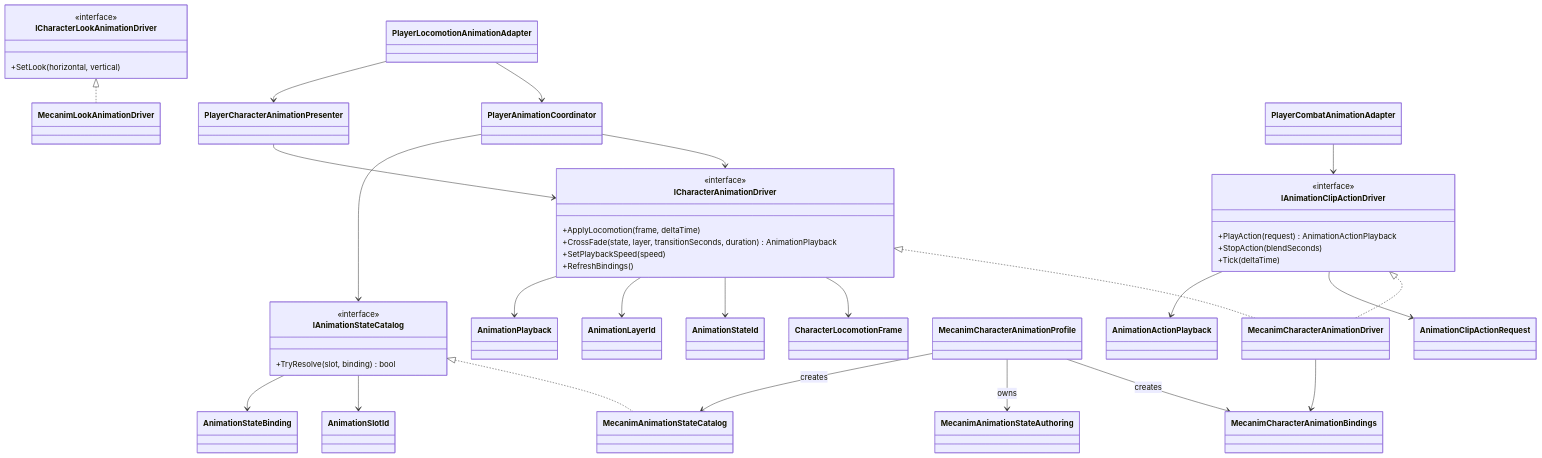
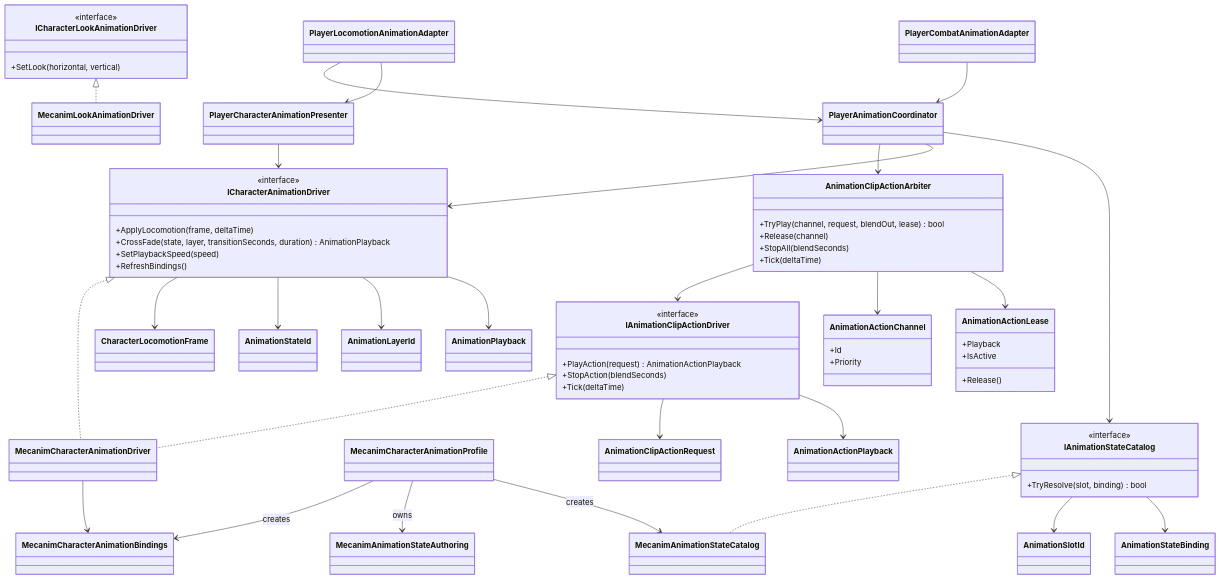
The diagram in Assets/_App/Modules/Animation/README.md (MaximFonariuc/project-s), drawn with Mermaid before and after one commit. The commit also changed other lines of this file and 17 other files, not shown here.

````diff
--- a/Assets/_App/Modules/Animation/README.md
+++ b/Assets/_App/Modules/Animation/README.md
@@ -25,6 +25,21 @@
         +PlayAction(request) AnimationActionPlayback
         +StopAction(blendSeconds)
         +Tick(deltaTime)
+    }
+    class AnimationClipActionArbiter {
+        +TryPlay(channel, request, blendOut, lease) bool
+        +Release(channel)
+        +StopAll(blendSeconds)
+        +Tick(deltaTime)
+    }
+    class AnimationActionChannel {
+        +Id
+        +Priority
+    }
+    class AnimationActionLease {
+        +Playback
+        +IsActive
+        +Release()
     }
 
     class IAnimationStateCatalog {
@@ -53,6 +68,9 @@
 
     ICharacterAnimationDriver <|.. MecanimCharacterAnimationDriver
     IAnimationClipActionDriver <|.. MecanimCharacterAnimationDriver
+    AnimationClipActionArbiter --> IAnimationClipActionDriver
+    AnimationClipActionArbiter --> AnimationActionChannel
+    AnimationClipActionArbiter --> AnimationActionLease
     ICharacterLookAnimationDriver <|.. MecanimLookAnimationDriver
     MecanimCharacterAnimationDriver --> MecanimCharacterAnimationBindings
     MecanimCharacterAnimationProfile --> MecanimCharacterAnimationBindings : creates
@@ -70,7 +88,8 @@
     PlayerCharacterAnimationPresenter --> ICharacterAnimationDriver
     PlayerLocomotionAnimationAdapter --> PlayerAnimationCoordinator
     PlayerLocomotionAnimationAdapter --> PlayerCharacterAnimationPresenter
-    PlayerCombatAnimationAdapter --> IAnimationClipActionDriver
+    PlayerCombatAnimationAdapter --> PlayerAnimationCoordinator
+    PlayerAnimationCoordinator --> AnimationClipActionArbiter
     PlayerAnimationCoordinator --> ICharacterAnimationDriver
     PlayerAnimationCoordinator --> IAnimationStateCatalog
 ```
````
